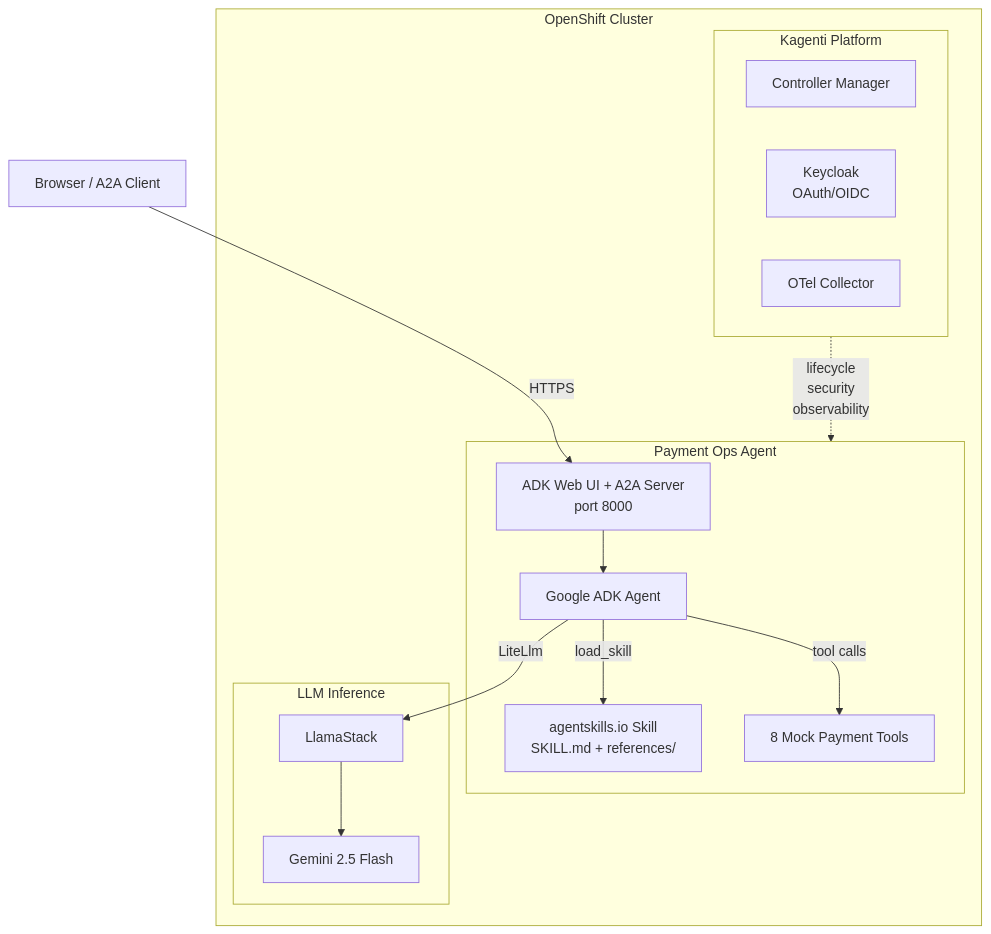
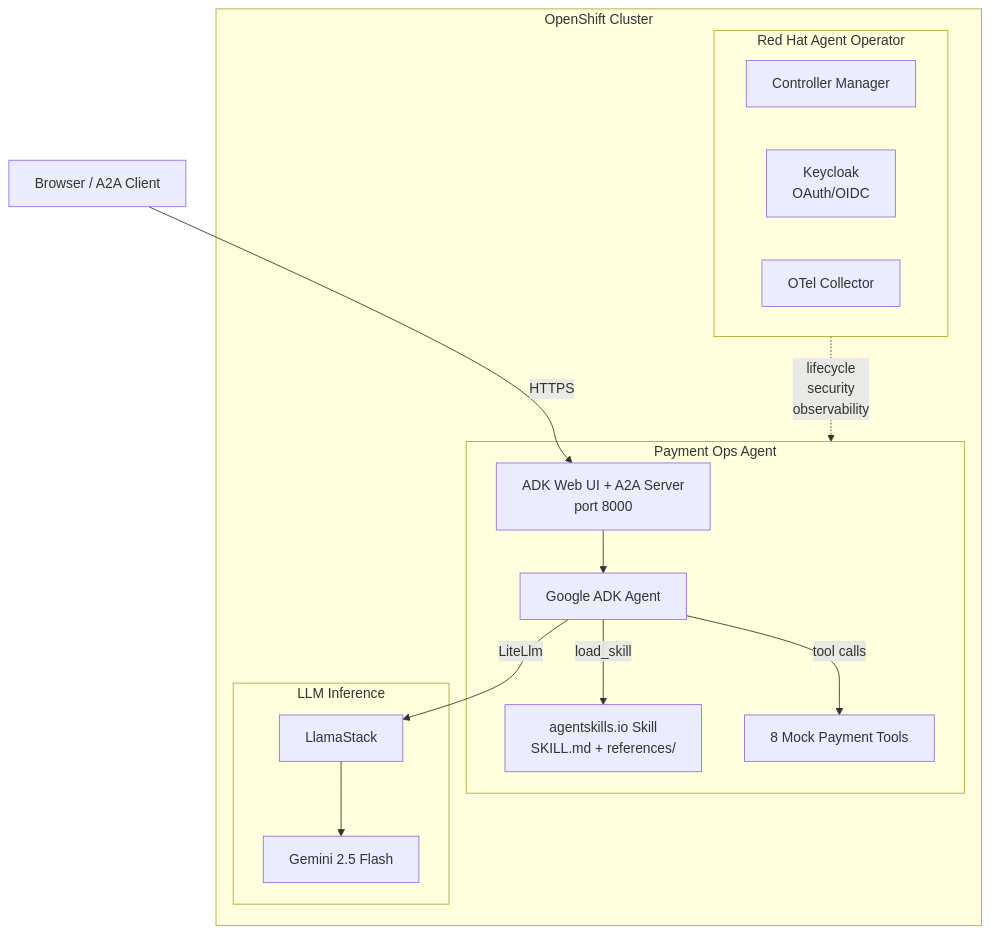
Before and after one commit to rrbanda/rhs26-payments-demo: the first of 4 diagrams in README.md, drawn with Mermaid. The commit also changed other lines of this file and 1 other file, not shown here.

Commit message:
Rename Kagenti to Red Hat Agent Operator in all docs

````diff
--- a/README.md
+++ b/README.md
@@ -92,30 +92,30 @@
 ```mermaid
 flowchart TB
     subgraph cluster ["OpenShift Cluster"]
-        subgraph kagenti ["Kagenti Platform"]
+        subgraph kagenti ["Red Hat Agent Operator"]
             controller["Controller Manager"]
             keycloak["Keycloak\nOAuth/OIDC"]
             otel["OTel Collector"]
         end
 
         subgraph agentPod ["Payment Ops Agent"]
             adkWeb["ADK Web UI + A2A Server\nport 8000"]
             agent["Google ADK Agent"]
             skill["agentskills.io Skill\nSKILL.md + references/"]
             tools["8 Mock Payment Tools"]
         end
 
         subgraph llm ["LLM Inference"]
             llamastack["LlamaStack"]
             gemini["Gemini 2.5 Flash"]
         end
     end
 
     browser["Browser / A2A Client"] -->|"HTTPS"| adkWeb
     adkWeb --> agent
     agent -->|"load_skill"| skill
     agent -->|"tool calls"| tools
     agent -->|"LiteLlm"| llamastack
     llamastack --> gemini
     kagenti -.->|"lifecycle\nsecurity\nobservability"| agentPod
 ```
````
